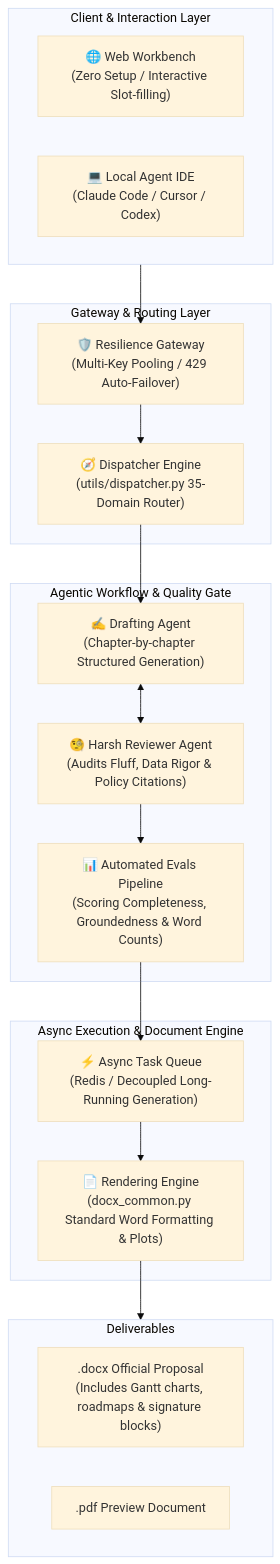
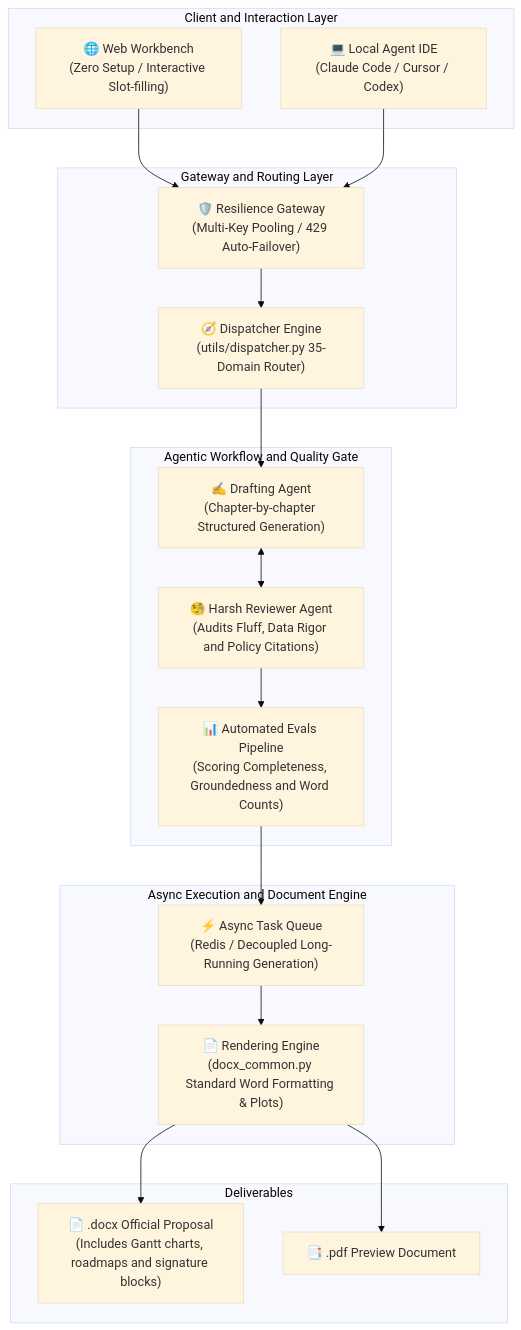
Before and after one commit to cuic19053-hue/awesome-student-ai-skills: the diagram in README_EN.md, drawn with Mermaid (base theme). The commit also changed other lines of this file and 2 other files, not shown here.

Commit message:
fix(docs): 修复 Mermaid 架构图语法并增加高清静态图兜底

````diff
--- a/README_EN.md
+++ b/README_EN.md
@@ -34,37 +41,39 @@
 ```mermaid
 flowchart TD
-    subgraph ClientLayer["Client & Interaction Layer"]
+    subgraph ClientLayer["Client and Interaction Layer"]
         WebUI["🌐 Web Workbench<br/>(Zero Setup / Interactive Slot-filling)"]
         IDE["💻 Local Agent IDE<br/>(Claude Code / Cursor / Codex)"]
     end
 
-    subgraph GatewayLayer["Gateway & Routing Layer"]
+    subgraph GatewayLayer["Gateway and Routing Layer"]
         Gateway["🛡️ Resilience Gateway<br/>(Multi-Key Pooling / 429 Auto-Failover)"]
         Dispatcher["🧭 Dispatcher Engine<br/>(utils/dispatcher.py 35-Domain Router)"]
     end
 
-    subgraph AgentCore["Agentic Workflow & Quality Gate"]
+    subgraph AgentCore["Agentic Workflow and Quality Gate"]
         DraftAgent["✍️ Drafting Agent<br/>(Chapter-by-chapter Structured Generation)"]
-        ReviewAgent["🧐 Harsh Reviewer Agent<br/>(Audits Fluff, Data Rigor & Policy Citations)"]
-        Evals["📊 Automated Evals Pipeline<br/>(Scoring Completeness, Groundedness & Word Counts)"]
+        ReviewAgent["🧐 Harsh Reviewer Agent<br/>(Audits Fluff, Data Rigor and Policy Citations)"]
+        Evals["📊 Automated Evals Pipeline<br/>(Scoring Completeness, Groundedness and Word Counts)"]
     end
 
-    subgraph TaskEngine["Async Execution & Document Engine"]
+    subgraph TaskEngine["Async Execution and Document Engine"]
         Queue["⚡ Async Task Queue<br/>(Redis / Decoupled Long-Running Generation)"]
         DocxEngine["📄 Rendering Engine<br/>(docx_common.py Standard Word Formatting & Plots)"]
     end
 
     subgraph Output["Deliverables"]
-        Word[".docx Official Proposal<br/>(Includes Gantt charts, roadmaps & signature blocks)"]
-        PDF[".pdf Preview Document"]
+        Word["📄 .docx Official Proposal<br/>(Includes Gantt charts, roadmaps and signature blocks)"]
+        PDF["📑 .pdf Preview Document"]
     end
 
-    ClientLayer --> Gateway
+    WebUI --> Gateway
+    IDE --> Gateway
     Gateway --> Dispatcher
     Dispatcher --> DraftAgent
     DraftAgent <--> ReviewAgent
     ReviewAgent --> Evals
     Evals --> Queue
     Queue --> DocxEngine
-    DocxEngine --> Output
+    DocxEngine --> Word
+    DocxEngine --> PDF
 ```
````
